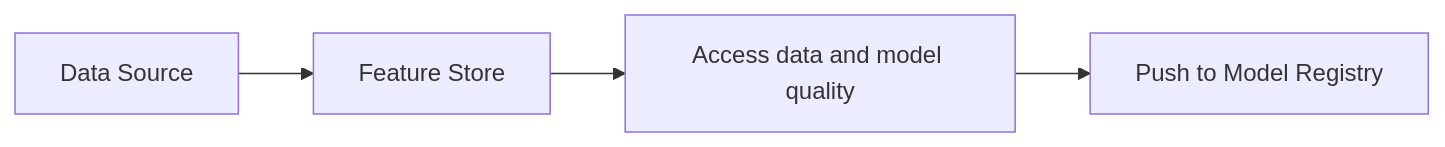
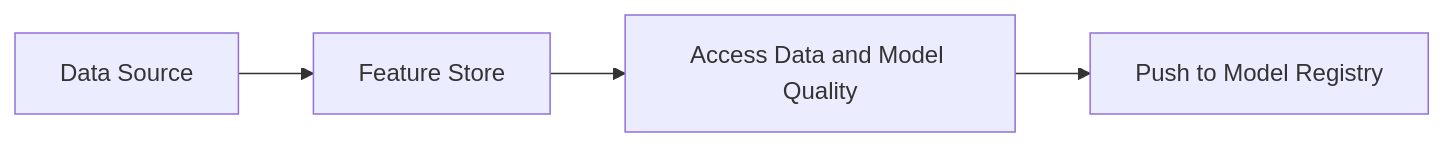
One commit to praveer-k/mlops changed the first of 3 diagrams in README.md. Above: the diagram before and after it, drawn with Mermaid. The commit also changed other lines of this file, not shown here.

````diff
--- a/README.md
+++ b/README.md
@@ -27,6 +44,6 @@
 ```mermaid
-  flowchart LR;
-      A[Data Source]-->B[Feature Store];
-      B -->C[Access data and model quality];
-      C --> D[Push to Model Registry];
+flowchart LR;
+    A[Data Source] --> B[Feature Store];
+    B --> C[Access Data and Model Quality];
+    C --> D[Push to Model Registry];
 ```
````
